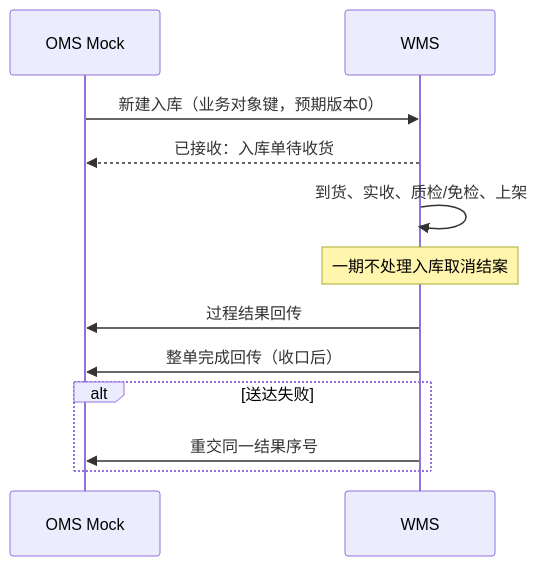
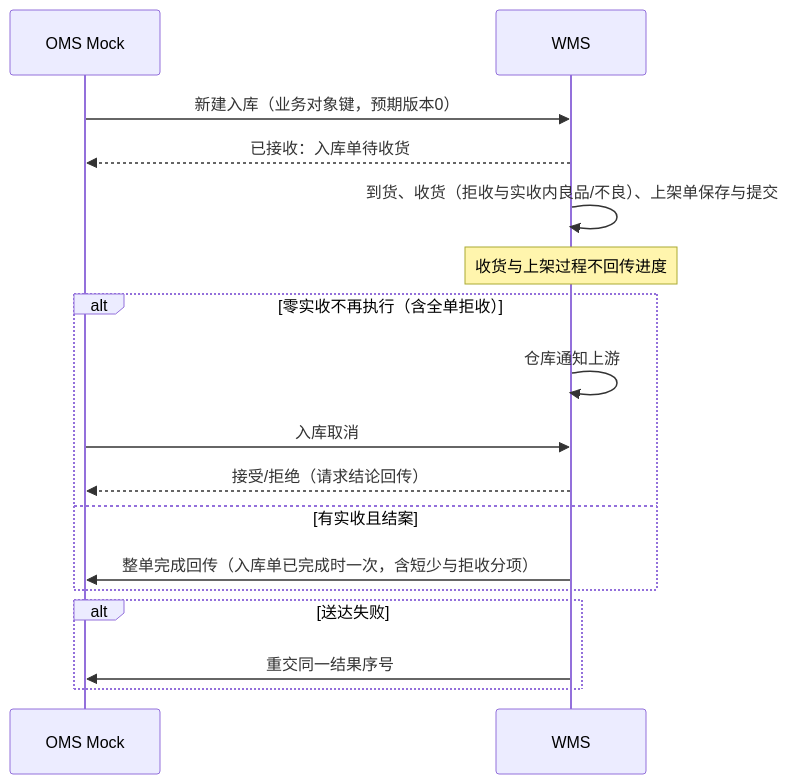
One commit to TopVitamin/QS-WMS-Project changed the first of 3 diagrams in 05-应用设计方案/20261002-MVP版本/系统架构设计/06-接口与OMS Mock消息设计.md. Above: the diagram before and after it, drawn with Mermaid. The commit also changed other lines of this file and 151 other files, not shown here.

````diff
--- a/05-应用设计方案/20261002-MVP版本/系统架构设计/06-接口与OMS Mock消息设计.md
+++ b/05-应用设计方案/20261002-MVP版本/系统架构设计/06-接口与OMS Mock消息设计.md
@@ -97,14 +103,19 @@
 ```mermaid
 sequenceDiagram
     participant M as OMS Mock
     participant W as WMS
     M->>W: 新建入库（业务对象键，预期版本0）
     W-->>M: 已接收：入库单待收货
-    W->>W: 到货、实收、质检/免检、上架
-    Note over W: 一期不处理入库取消结案
-    W->>M: 过程结果回传
-    W->>M: 整单完成回传（收口后）
+    W->>W: 到货、收货（拒收与实收内良品/不良）、上架单保存与提交
+    Note over W: 收货与上架过程不回传进度
+    alt 零实收不再执行（含全单拒收）
+        W->>W: 仓库通知上游
+        M->>W: 入库取消
+        W-->>M: 接受/拒绝（请求结论回传）
+    else 有实收且结案
+        W->>M: 整单完成回传（入库单已完成时一次，含短少与拒收分项）
+    end
     alt 送达失败
         W->>M: 重交同一结果序号
     end
 ```
````
